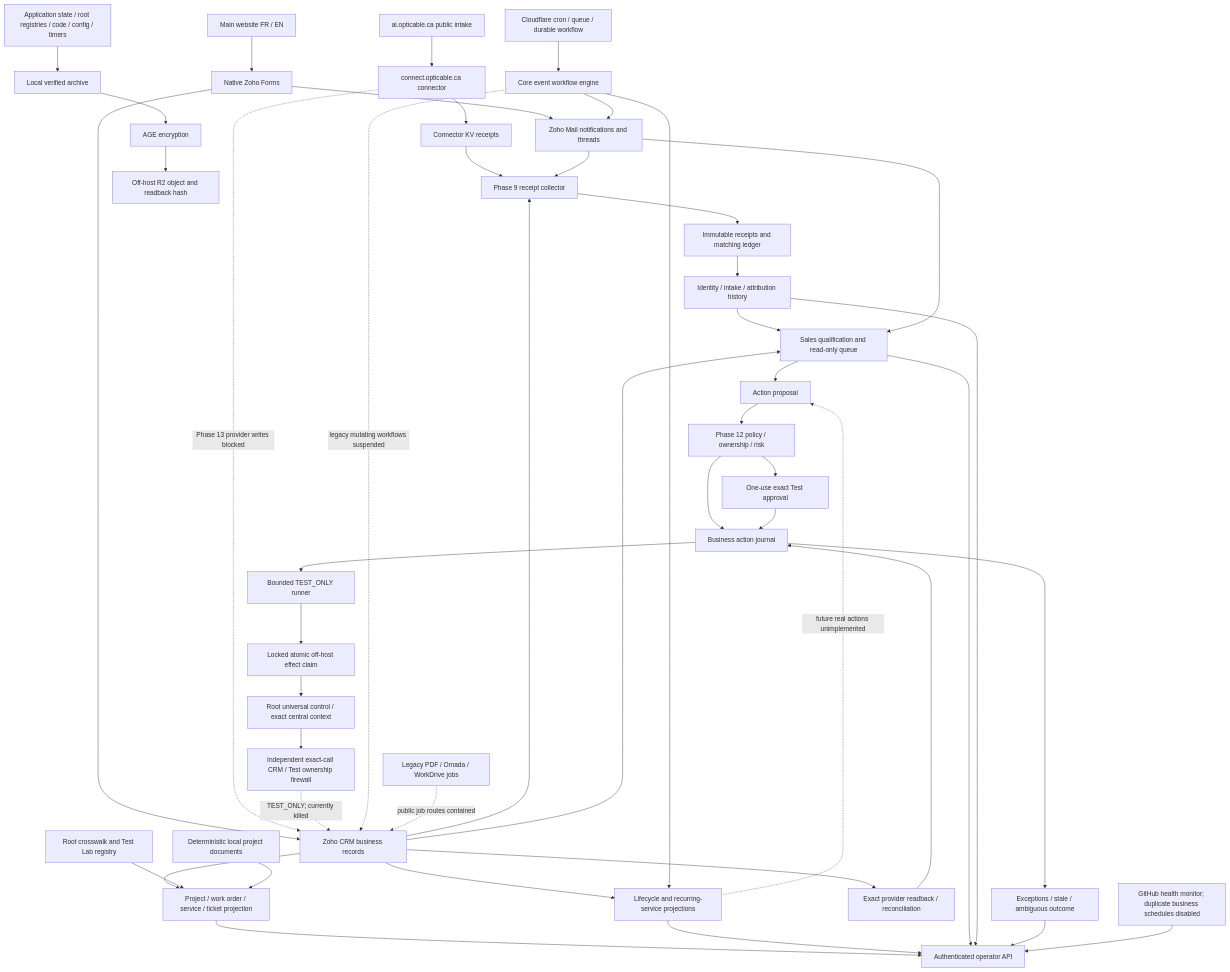
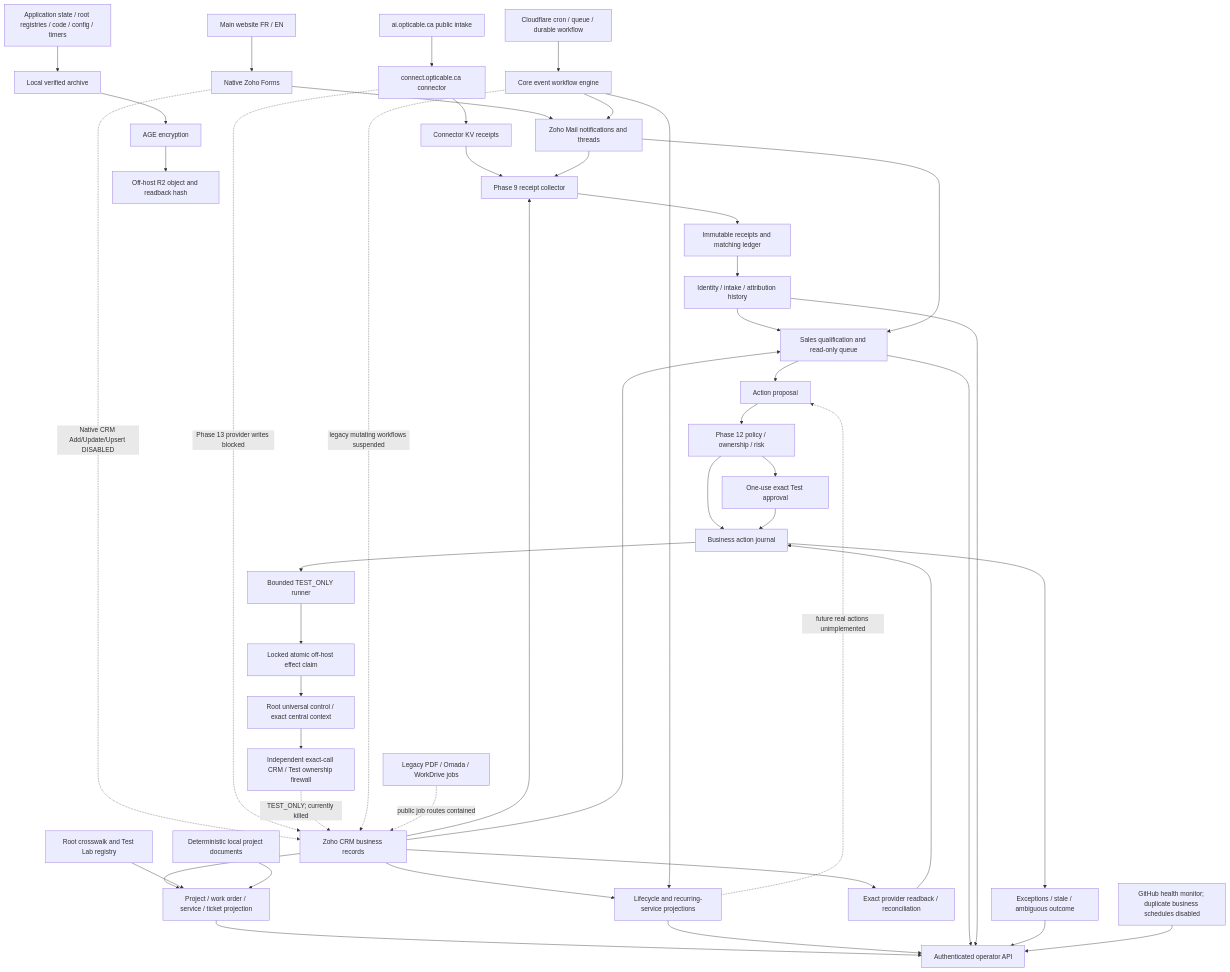
One commit to yboucher97/opticable-api-platform changed the diagram in docs/OPTIBRAIN_ARCHITECTURE_BLUEPRINT.md. Above: the diagram before and after it, drawn with Mermaid. The commit also changed other lines of this file and 10 other files, not shown here.

````diff
--- a/docs/OPTIBRAIN_ARCHITECTURE_BLUEPRINT.md
+++ b/docs/OPTIBRAIN_ARCHITECTURE_BLUEPRINT.md
@@ -17,49 +17,50 @@
 ```mermaid
 flowchart TD
   AI[ai.opticable.ca public intake] --> EDGE[connect.opticable.ca connector]
   WEB[Main website FR / EN] --> FORMS[Native Zoho Forms]
-  FORMS --> CRM[Zoho CRM business records]
+  CRM[Zoho CRM business records]
+  FORMS -. Native CRM Add/Update/Upsert DISABLED .-> CRM
   FORMS --> MAIL[Zoho Mail notifications and threads]
   EDGE --> KV[Connector KV receipts]
   EDGE -. Phase 13 provider writes blocked .-> CRM
   KV --> RECEIPTS[Phase 9 receipt collector]
   MAIL --> RECEIPTS
   CRM --> RECEIPTS
   RECEIPTS --> RDB[Immutable receipts and matching ledger]
   RDB --> ID[Identity / intake / attribution history]
   ID --> SALES[Sales qualification and read-only queue]
   CRM --> SALES
   MAIL --> SALES
   CRM --> LIFE[Lifecycle and recurring-service projections]
   CRM --> OPS[Project / work order / service / ticket projection]
   CROSS[Root crosswalk and Test Lab registry] --> OPS
   DOCS[Deterministic local project documents] --> OPS
   SALES --> PROP[Action proposal]
   LIFE -. future real actions unimplemented .-> PROP
   PROP --> POLICY[Phase 12 policy / ownership / risk]
   POLICY --> APPROVAL[One-use exact Test approval]
   POLICY --> JOURNAL[Business action journal]
   APPROVAL --> JOURNAL
   JOURNAL --> RUNNER[Bounded TEST_ONLY runner]
   RUNNER --> CLAIM[Locked atomic off-host effect claim]
   CLAIM --> GATE[Root universal control / exact central context]
   GATE --> FENCE[Independent exact-call CRM / Test ownership firewall]
   FENCE -. TEST_ONLY; currently killed .-> CRM
   CRM --> RECON[Exact provider readback / reconciliation]
   RECON --> JOURNAL
   JOURNAL --> EXC[Exceptions / stale / ambiguous outcome]
   OPS --> OP[Authenticated operator API]
   LIFE --> OP
   SALES --> OP
   ID --> OP
   EXC --> OP
   CF[Cloudflare cron / queue / durable workflow] --> ENGINE[Core event workflow engine]
   GH[GitHub health monitor; duplicate business schedules disabled] --> OP
   ENGINE --> MAIL
   ENGINE --> LIFE
   ENGINE -. legacy mutating workflows suspended .-> CRM
   LEGACY[Legacy PDF / Omada / WorkDrive jobs] -. public job routes contained .-> CRM
   LOCAL[Application state / root registries / code / config / timers] --> BACKUP[Local verified archive]
   BACKUP --> AGE[AGE encryption]
   AGE --> R2[Off-host R2 object and readback hash]
 ```
````
